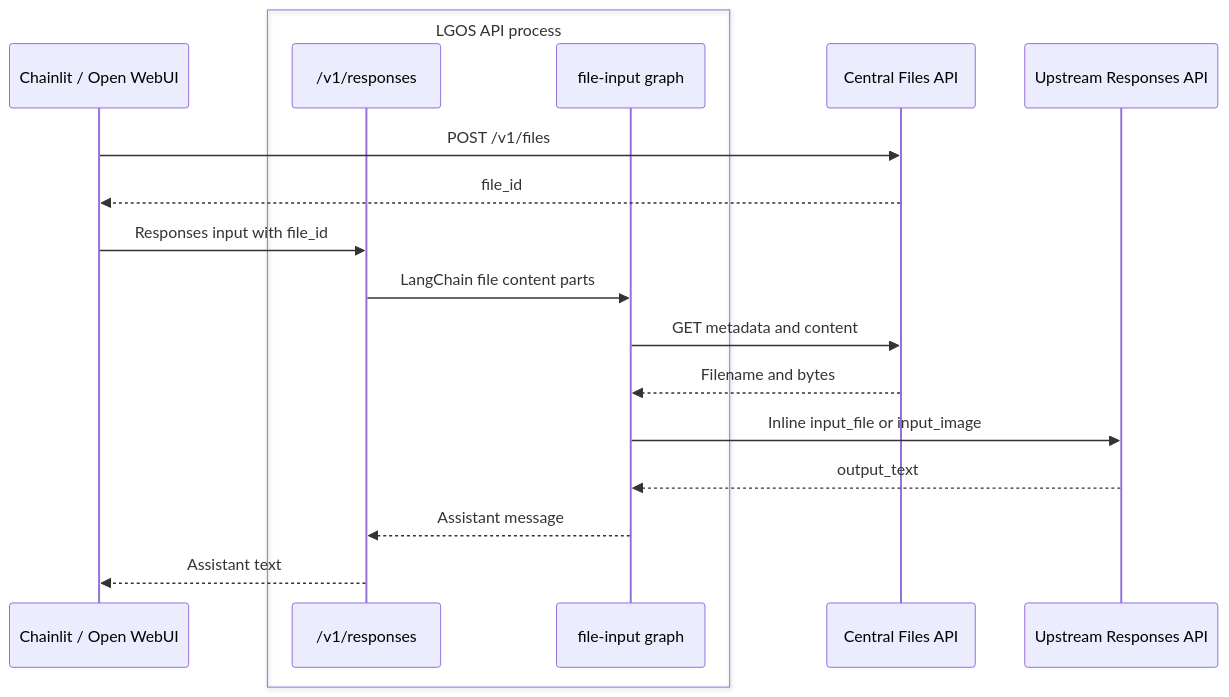
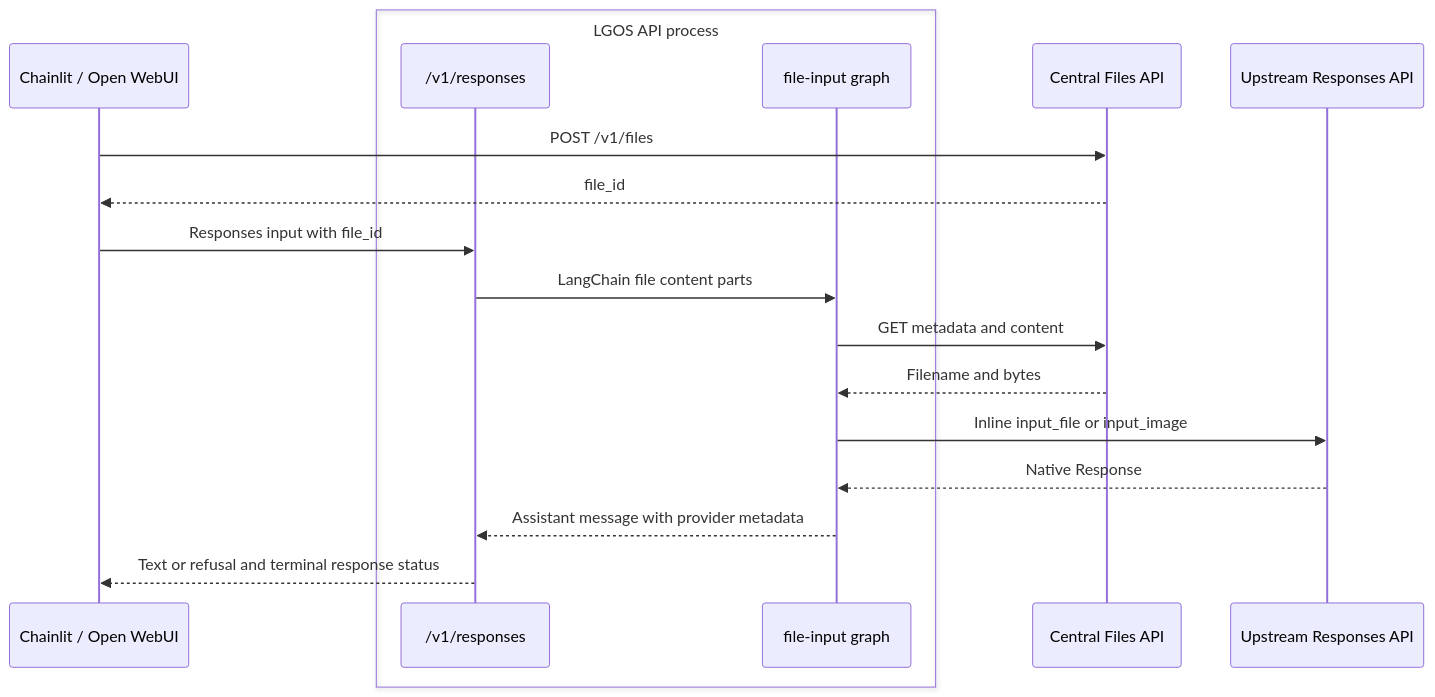
One commit to ilkersigirci/langgraph-openai-serve changed the second of 2 diagrams in docs/demo/graphs/file-input.md. Above: the diagram before and after it, drawn with Mermaid. The commit also changed other lines of this file and 35 other files, not shown here.

````diff
--- a/docs/demo/graphs/file-input.md
+++ b/docs/demo/graphs/file-input.md
@@ -33,21 +34,21 @@
 ```mermaid
 sequenceDiagram
   participant UI as Chainlit / Open WebUI
   box LGOS API process
     participant API as /v1/responses
     participant Graph as file-input graph
   end
   participant Files as Central Files API
   participant Model as Upstream Responses API
 
   UI->>Files: POST /v1/files
   Files-->>UI: file_id
   UI->>API: Responses input with file_id
   API->>Graph: LangChain file content parts
   Graph->>Files: GET metadata and content
   Files-->>Graph: Filename and bytes
   Graph->>Model: Inline input_file or input_image
-  Model-->>Graph: output_text
-  Graph-->>API: Assistant message
-  API-->>UI: Assistant text
+  Model-->>Graph: Native Response
+  Graph-->>API: Assistant message with provider metadata
+  API-->>UI: Text or refusal and terminal response status
 ```
````
